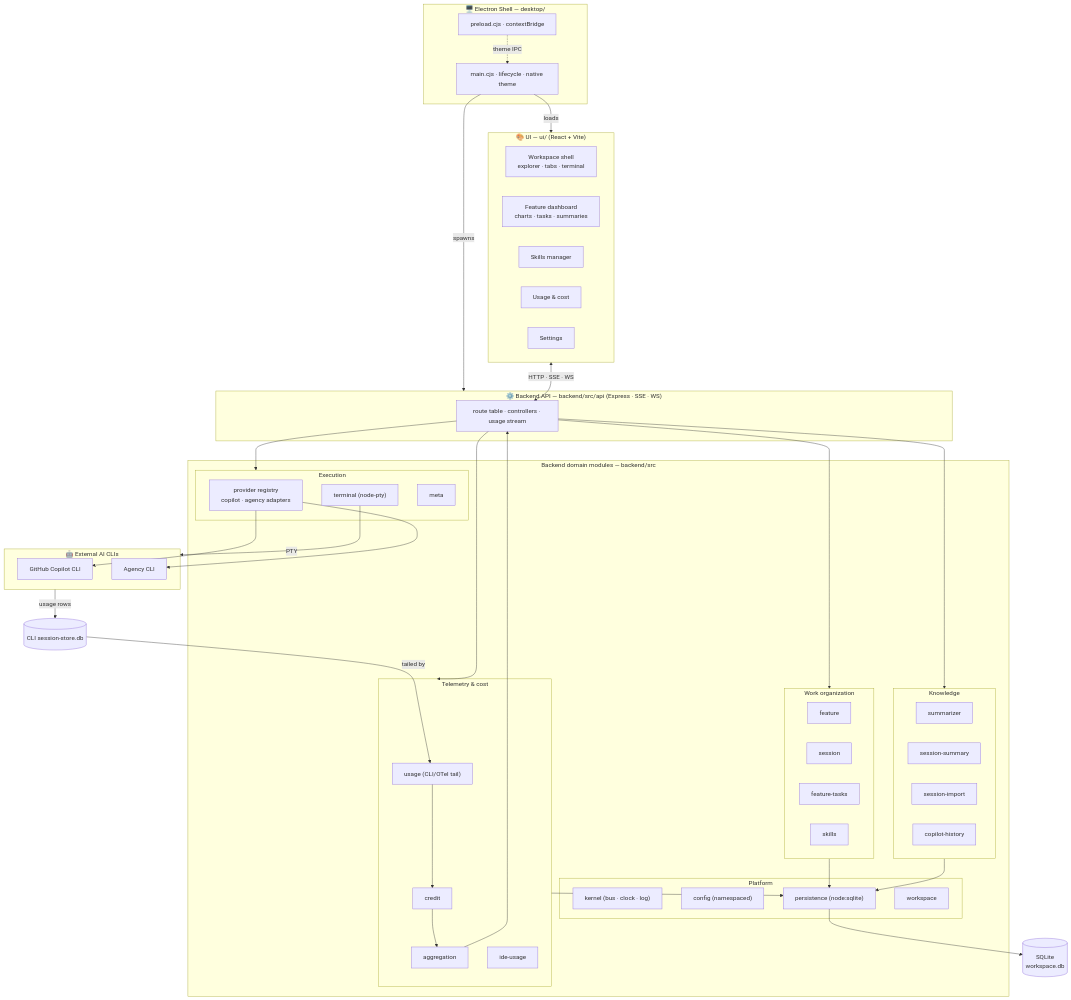
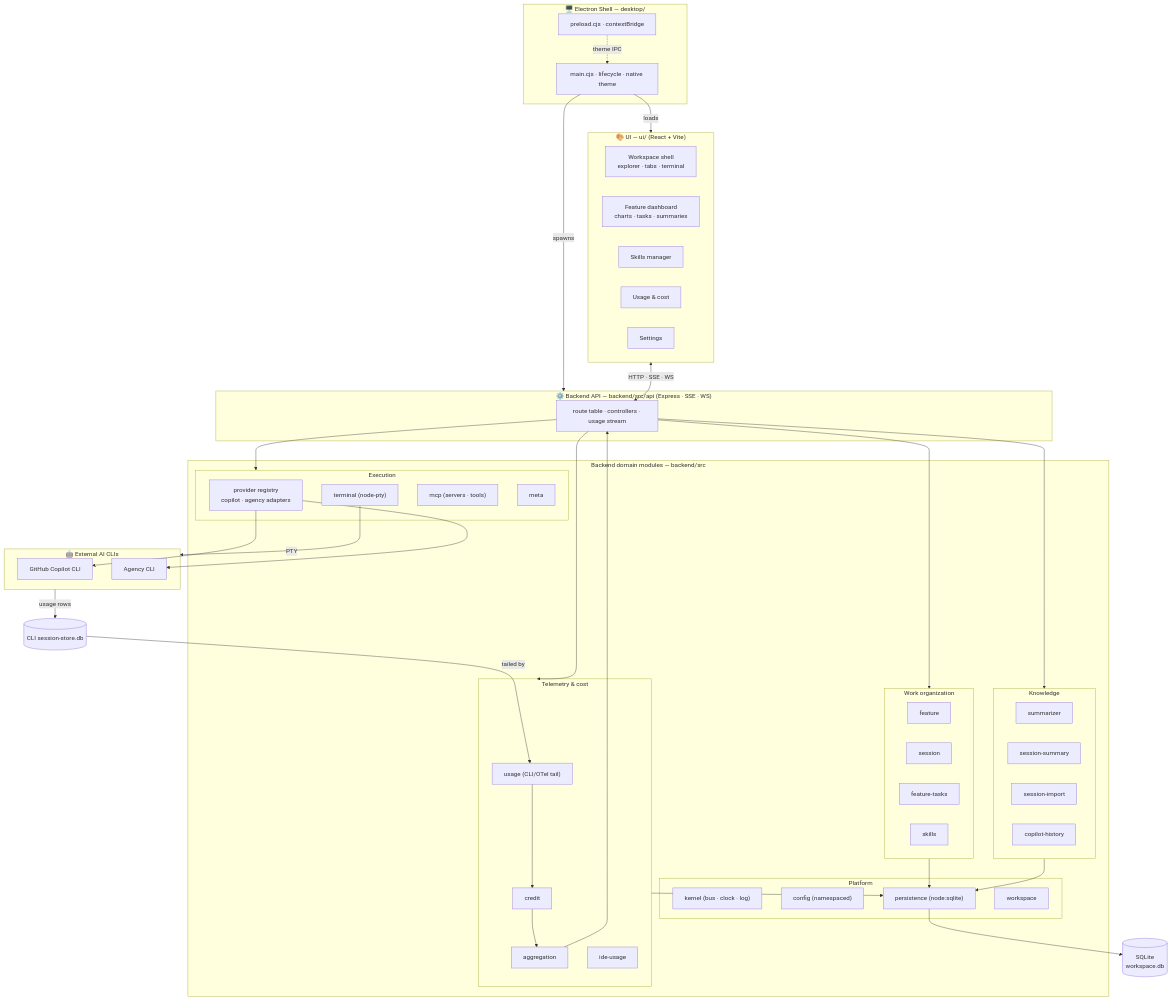
One commit to sourabh1007/ai-project-studio changed the diagram in README.md. Above: the diagram before and after it, drawn with Mermaid. The commit also changed other lines of this file and 16 other files, not shown here.

First line of the commit message:
Fix CI coverage, add default Scratchpad, simplify MCP tools UI (v0.8.4)

````diff
--- a/README.md
+++ b/README.md
@@ -15,72 +15,73 @@
 ```mermaid
 flowchart TB
     subgraph Desktop["🖥️ Electron Shell — desktop/"]
         Main["main.cjs · lifecycle · native theme"]
         Preload["preload.cjs · contextBridge"]
     end
 
     subgraph UI["🎨 UI — ui/  (React + Vite)"]
         Workspace["Workspace shell<br/>explorer · tabs · terminal"]
         FeatDash["Feature dashboard<br/>charts · tasks · summaries"]
         SkillsUI["Skills manager"]
         UsageUI["Usage & cost"]
         SettingsUI["Settings"]
     end
 
     subgraph API["⚙️ Backend API — backend/src/api  (Express · SSE · WS)"]
         Routes["route table · controllers · usage stream"]
     end
 
     subgraph Domain["Backend domain modules — backend/src"]
         subgraph Org["Work organization"]
             feature["feature"]
             session["session"]
             tasks["feature-tasks"]
             skills["skills"]
         end
         subgraph Exec["Execution"]
             provider["provider registry<br/>copilot · agency adapters"]
             terminal["terminal (node-pty)"]
+            mcp["mcp (servers · tools)"]
             meta["meta"]
         end
         subgraph Tel["Telemetry & cost"]
             usage["usage (CLI/OTel tail)"]
             credit["credit"]
             aggregation["aggregation"]
             ideUsage["ide-usage"]
         end
         subgraph Know["Knowledge"]
             summarizer["summarizer"]
             sessionSummary["session-summary"]
             sessionImport["session-import"]
             copilotHistory["copilot-history"]
         end
         subgraph Plat["Platform"]
             kernel["kernel (bus · clock · log)"]
             config["config (namespaced)"]
             persistence["persistence (node:sqlite)"]
             workspaceMod["workspace"]
         end
     end
 
     subgraph CLIs["🤖 External AI CLIs"]
         Copilot["GitHub Copilot CLI"]
         Agency["Agency CLI"]
     end
 
     DB[("SQLite<br/>workspace.db")]
     CliDB[("CLI session-store.db")]
 
     Main -- spawns --> API
     Main -- loads --> UI
     UI <-- "HTTP · SSE · WS" --> Routes
     Preload -. "theme IPC" .-> Main
 
     Routes --> Org & Exec & Tel & Know
     provider --> Copilot & Agency
     terminal -- PTY --> CLIs
     CLIs -- usage rows --> CliDB
     CliDB -- tailed by --> usage
     usage --> credit --> aggregation --> Routes
     Org & Tel & Know --> persistence --> DB
 ```
````
